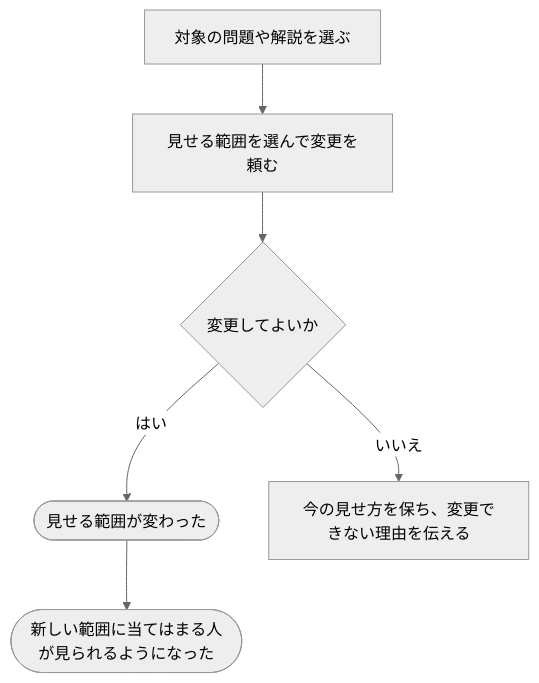
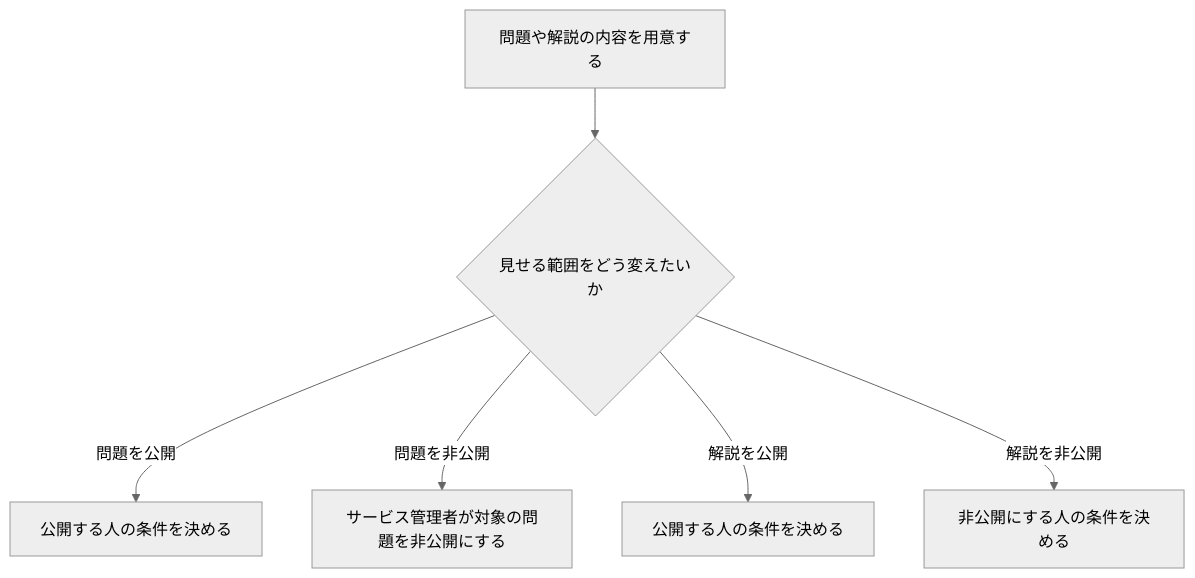
One commit to traP-jp/traOJudge changed the diagram in docs/requirements/scenarios/permissions/share-content.md. Above: the diagram before and after it, drawn with Mermaid (neutral theme). The commit also changed other lines of this file and 58 other files, not shown here.

````diff
--- a/docs/requirements/scenarios/permissions/share-content.md
+++ b/docs/requirements/scenarios/permissions/share-content.md
@@ -15,8 +14,8 @@
 ```mermaid
 flowchart TD
-    A["対象の問題や解説を選ぶ"] --> B["見せる範囲を選んで変更を頼む"]
-    B --> C{"変更してよいか"}
-    C -->|はい| D(["見せる範囲が変わった"])
-    D --> E(["新しい範囲に当てはまる人が見られるようになった"])
-    C -->|いいえ| F["今の見せ方を保ち、変更できない理由を伝える"]
+    A["問題や解説の内容を用意する"] --> B{"見せる範囲をどう変えたいか"}
+    B -->|問題を公開| C["公開する人の条件を決める"]
+    B -->|問題を非公開| D["サービス管理者が対象の問題を非公開にする"]
+    B -->|解説を公開| E["公開する人の条件を決める"]
+    B -->|解説を非公開| F["非公開にする人の条件を決める"]
 ```
````
